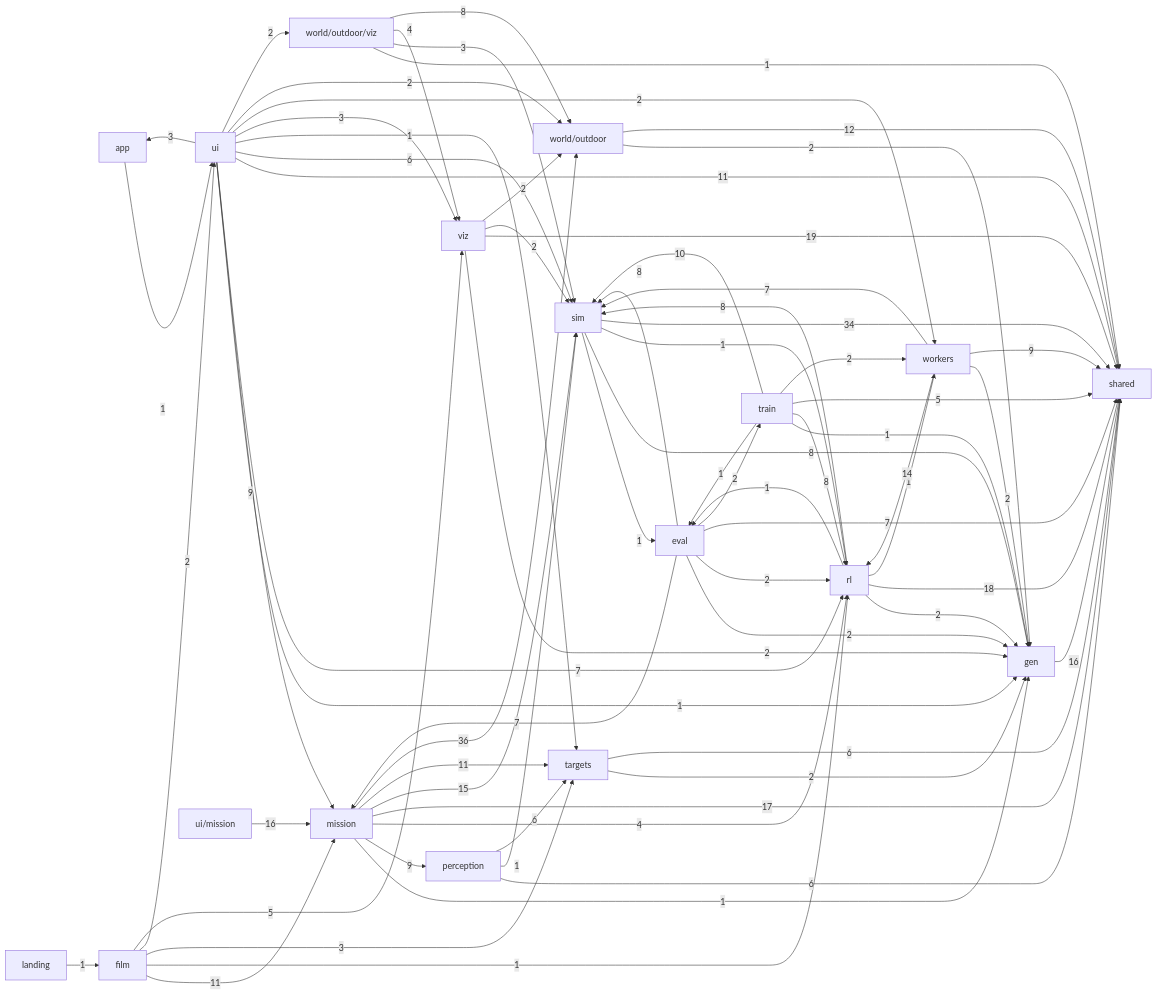
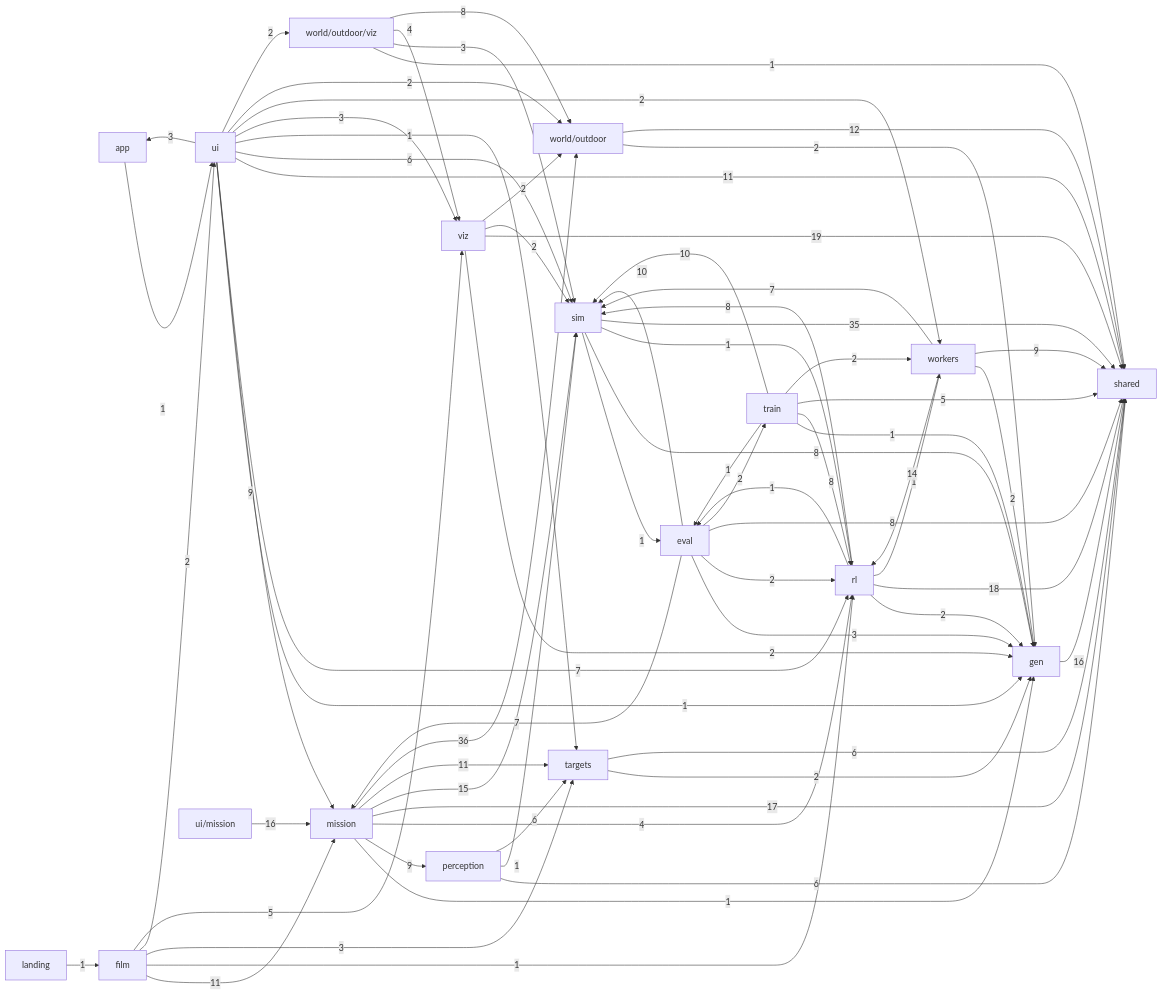
The second of 2 diagrams in docs/ARCHITECTURE.md (alexnieves-cs/frontier-fly), drawn with Mermaid before and after one commit. The commit also changed other lines of this file and 7 other files, not shown here.

```diff
--- a/docs/ARCHITECTURE.md
+++ b/docs/ARCHITECTURE.md
@@ -93,11 +93,11 @@
   world_outdoor["world/outdoor"]
   world_outdoor_viz["world/outdoor/viz"]
   app -->|1| ui
-  eval -->|2| gen
+  eval -->|3| gen
   eval -->|7| mission
   eval -->|2| rl
-  eval -->|7| shared
-  eval -->|8| sim
+  eval -->|8| shared
+  eval -->|10| sim
   eval -->|2| train
   film -->|11| mission
   film -->|1| rl
@@ -124,7 +124,7 @@
   sim -->|1| eval
   sim -->|8| gen
   sim -->|1| rl
-  sim -->|34| shared
+  sim -->|35| shared
   targets -->|2| gen
   targets -->|6| shared
   train -->|1| eval
```
